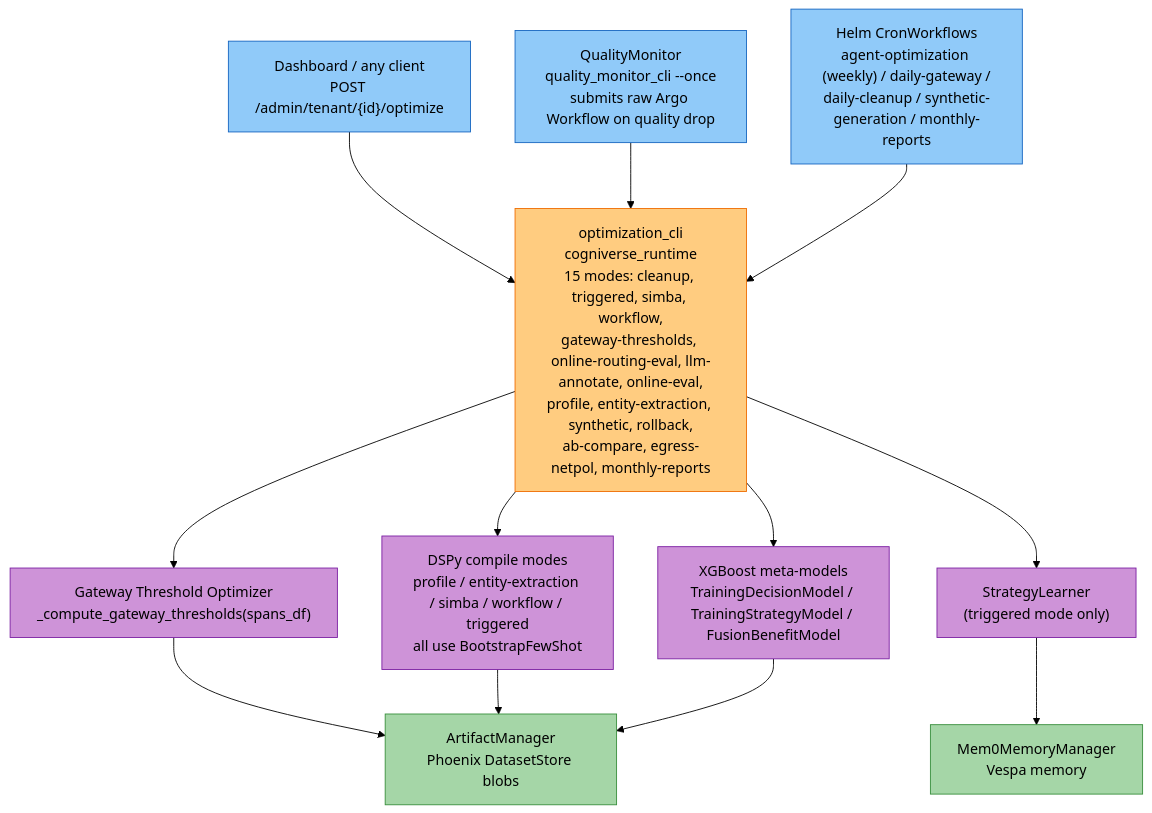
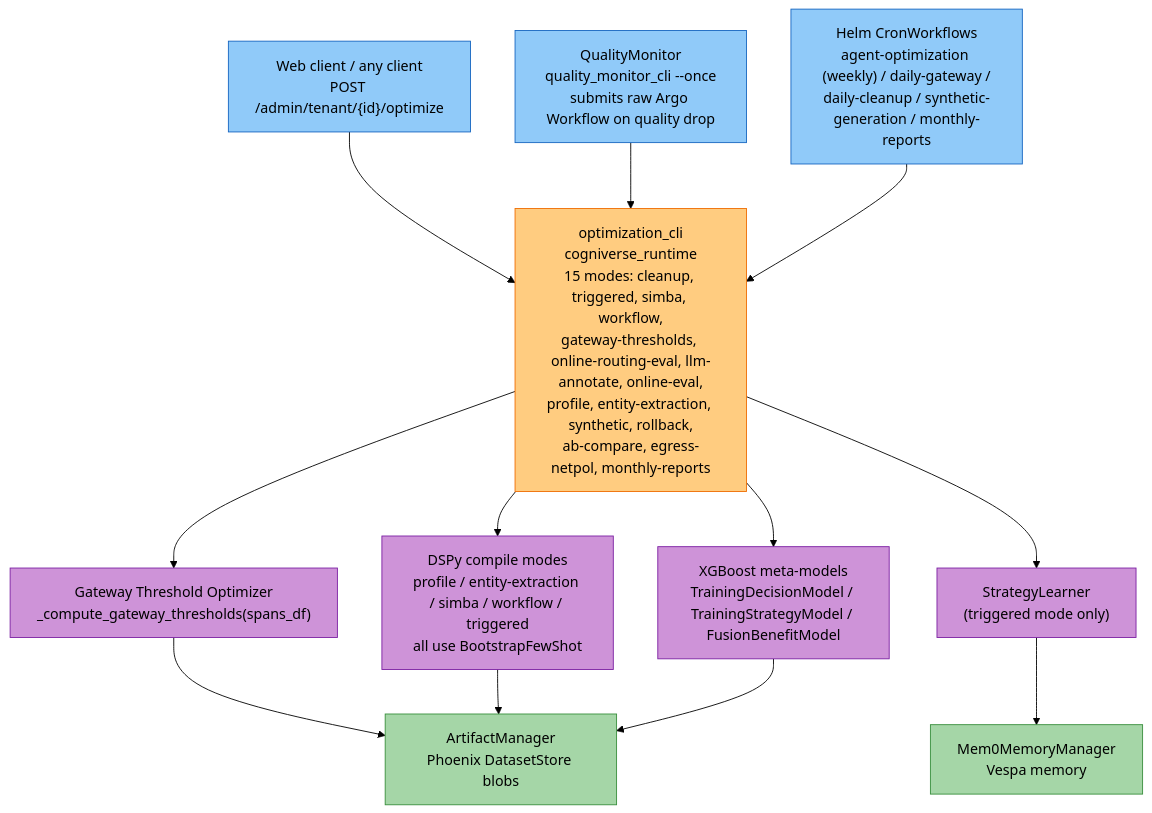
One commit to amit-jain/cogniverse changed the first of 4 diagrams in docs/modules/optimization.md. Above: the diagram before and after it, drawn with Mermaid (forest theme). The commit also changed other lines of this file and 241 other files, not shown here.

````diff
--- a/docs/modules/optimization.md
+++ b/docs/modules/optimization.md
@@ -154,33 +154,33 @@
 ```mermaid
 flowchart TB
-    Dashboard["<span style='color:#000'>Dashboard / any client<br/>POST /admin/tenant/{id}/optimize</span>"]
+    WebClient["<span style='color:#000'>Web client / any client<br/>POST /admin/tenant/{id}/optimize</span>"]
     QM["<span style='color:#000'>QualityMonitor<br/>quality_monitor_cli --once<br/>submits raw Argo Workflow on quality drop</span>"]
     Cron["<span style='color:#000'>Helm CronWorkflows<br/>agent-optimization (weekly) / daily-gateway /<br/>daily-cleanup / synthetic-generation / monthly-reports</span>"]
 
-    Dashboard --> OptCLI
+    WebClient --> OptCLI
     QM --> OptCLI
     Cron --> OptCLI
 
     OptCLI["<span style='color:#000'>optimization_cli<br/>cogniverse_runtime<br/>15 modes: cleanup, triggered, simba, workflow,<br/>gateway-thresholds, online-routing-eval, llm-annotate, online-eval,<br/>profile, entity-extraction, synthetic, rollback,<br/>ab-compare, egress-netpol, monthly-reports</span>"]
 
     OptCLI --> GatewayOpt["<span style='color:#000'>Gateway Threshold Optimizer<br/>_compute_gateway_thresholds(spans_df)</span>"]
     OptCLI --> DSPyModes["<span style='color:#000'>DSPy compile modes<br/>profile / entity-extraction / simba / workflow / triggered<br/>all use BootstrapFewShot</span>"]
     OptCLI --> Meta["<span style='color:#000'>XGBoost meta-models<br/>TrainingDecisionModel / TrainingStrategyModel / FusionBenefitModel</span>"]
     OptCLI --> Strategy["<span style='color:#000'>StrategyLearner<br/>(triggered mode only)</span>"]
 
     GatewayOpt --> AM["<span style='color:#000'>ArtifactManager<br/>Phoenix DatasetStore blobs</span>"]
     DSPyModes --> AM
     Meta --> AM
     Strategy --> Mem0["<span style='color:#000'>Mem0MemoryManager<br/>Vespa memory</span>"]
 
-    style Dashboard fill:#90caf9,stroke:#1565c0,color:#000
+    style WebClient fill:#90caf9,stroke:#1565c0,color:#000
     style QM fill:#90caf9,stroke:#1565c0,color:#000
     style Cron fill:#90caf9,stroke:#1565c0,color:#000
     style OptCLI fill:#ffcc80,stroke:#ef6c00,color:#000
     style GatewayOpt fill:#ce93d8,stroke:#7b1fa2,color:#000
     style DSPyModes fill:#ce93d8,stroke:#7b1fa2,color:#000
     style Meta fill:#ce93d8,stroke:#7b1fa2,color:#000
     style Strategy fill:#ce93d8,stroke:#7b1fa2,color:#000
     style AM fill:#a5d6a7,stroke:#388e3c,color:#000
     style Mem0 fill:#a5d6a7,stroke:#388e3c,color:#000
 ```
````
